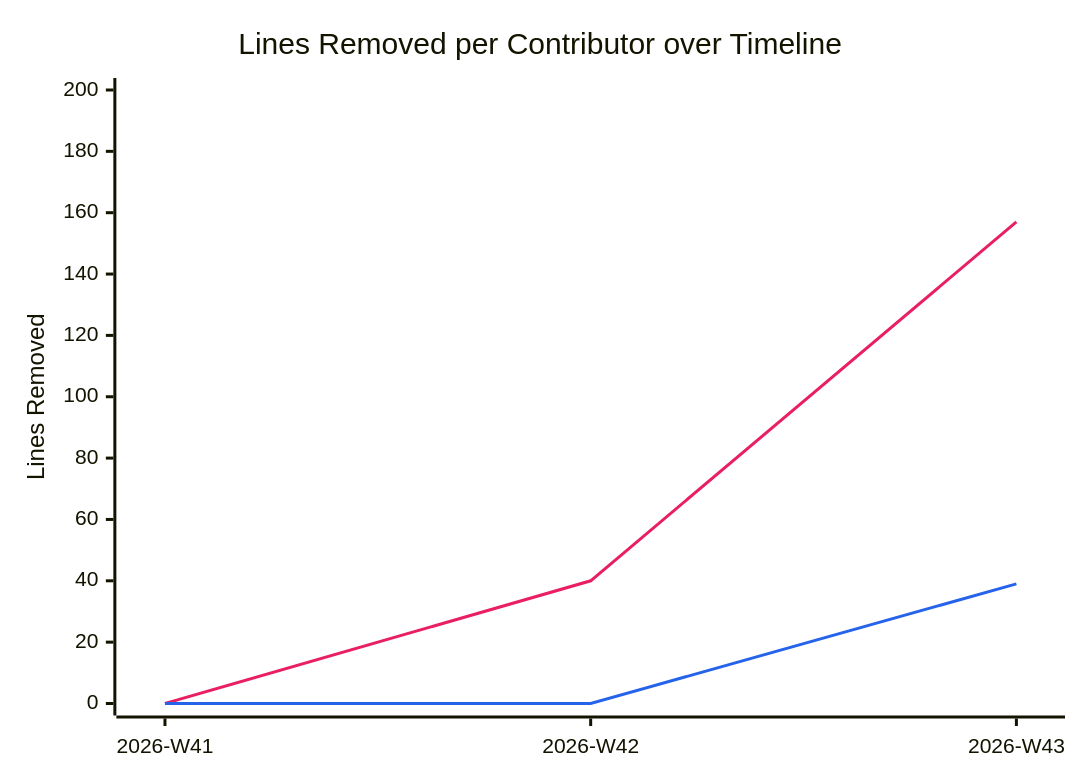
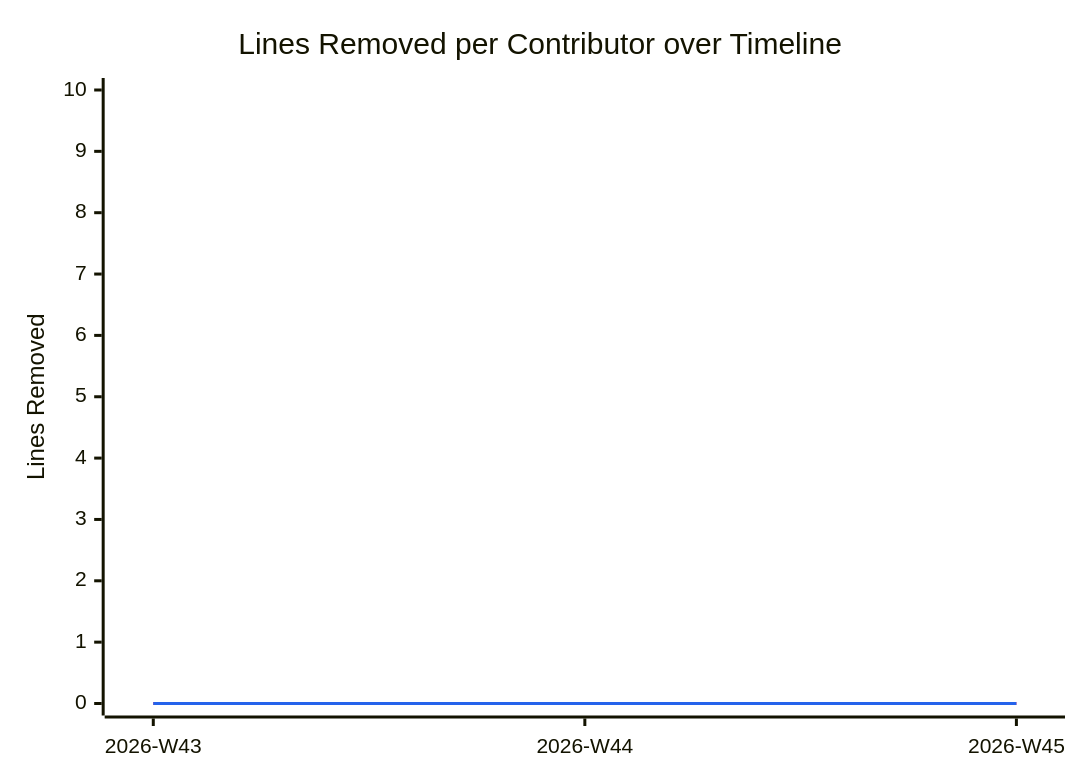
The diagram in documentation/snippets/management/code-deletions.mmd (BeyondMagic/database), drawn with Mermaid before and after one commit. The commit also changed 2 other files, not shown here.

```diff
--- a/documentation/snippets/management/code-deletions.mmd
+++ b/documentation/snippets/management/code-deletions.mmd
@@ -1,7 +1,7 @@
 %%{init: {"themeVariables": {"xyChart": {"plotColorPalette": "#e91e63, #2563eb"}}}}%%
 xychart-beta
     title "Lines Removed per Contributor over Timeline"
-    x-axis ["2026-W41", "2026-W42", "2026-W43"]
-    y-axis "Lines Removed" 0 --> 200
-    line [0, 40, 157]
-    line [0, 0, 39]
+    x-axis ["2026-W43", "2026-W44", "2026-W45"]
+    y-axis "Lines Removed" 0 --> 10
+    line [0, 0, 0]
+    line [0, 0, 0]
```
